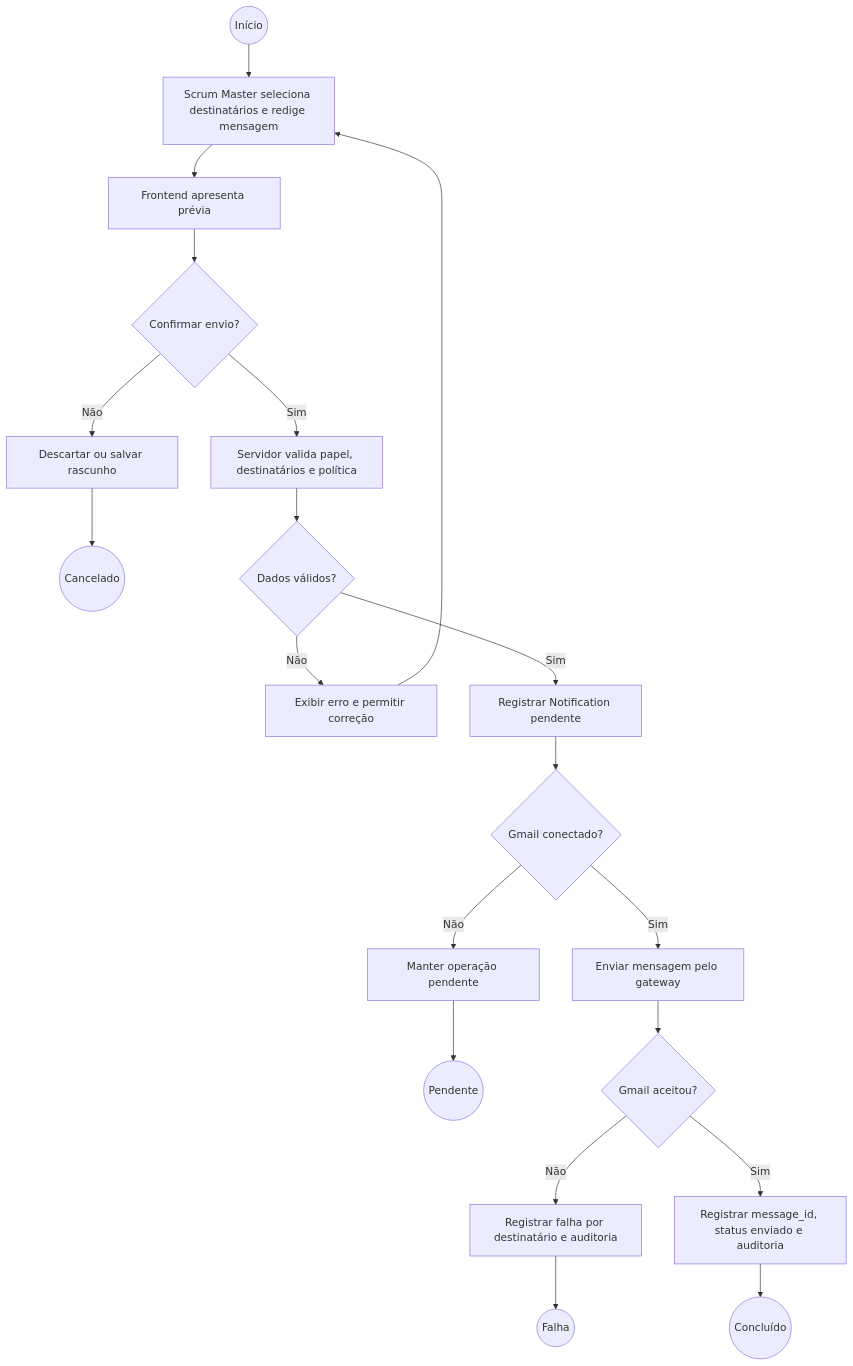
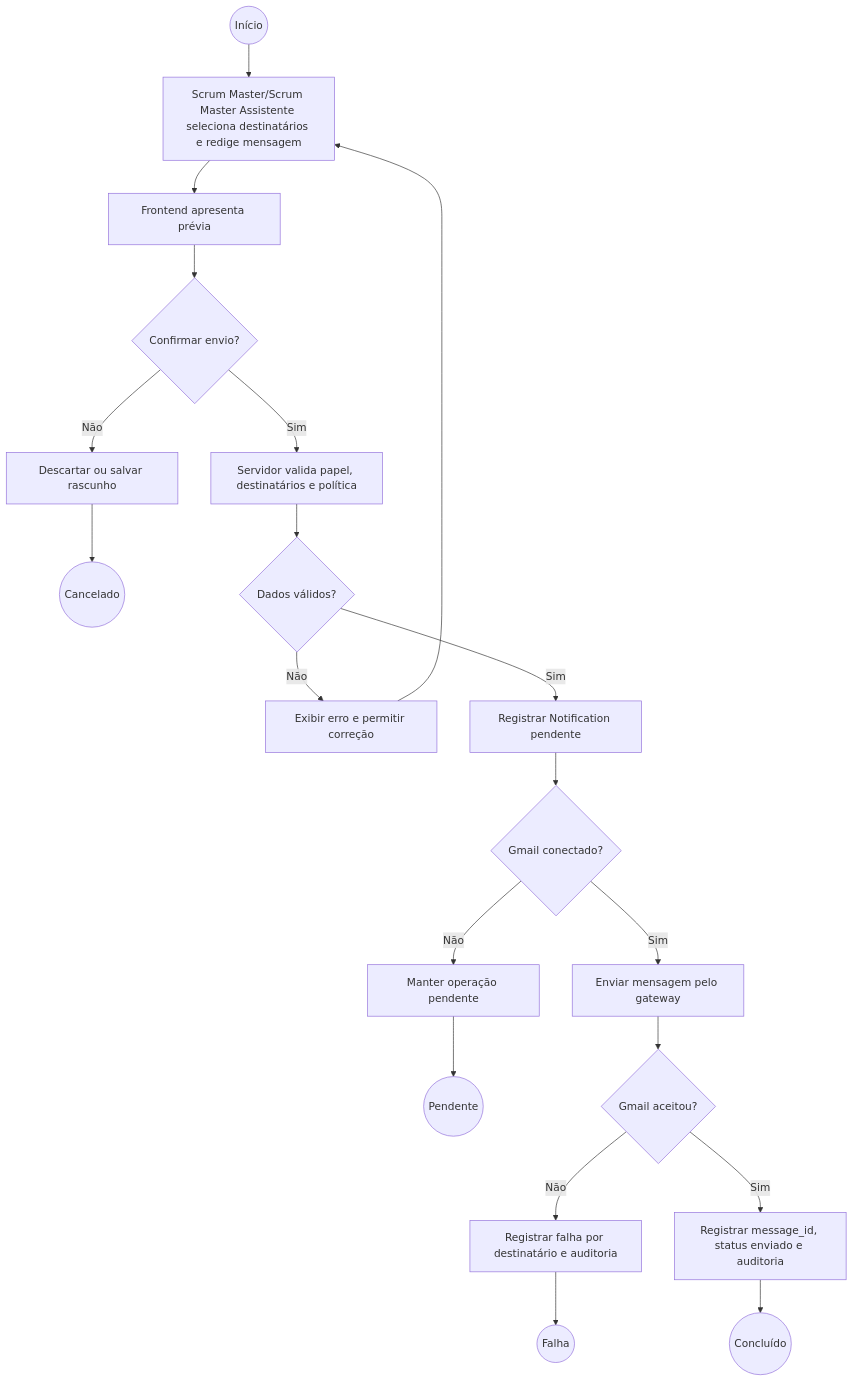
Before and after one commit to LuHenRe/PETBSI-SCRUM: the fourth of 6 diagrams in docs/especificao-de-software/09-diagramas-de-atividade.md, drawn with Mermaid. The commit also changed other lines of this file and 18 other files, not shown here.

````diff
--- a/docs/especificao-de-software/09-diagramas-de-atividade.md
+++ b/docs/especificao-de-software/09-diagramas-de-atividade.md
@@ -91,22 +91,22 @@
 ```mermaid
 flowchart TD
-    Start((Início)) --> Compose[Scrum Master seleciona destinatários e redige mensagem]
+    Start((Início)) --> Compose[Scrum Master/Scrum Master Assistente seleciona destinatários e redige mensagem]
     Compose --> Preview[Frontend apresenta prévia]
     Preview --> Decision1{Confirmar envio?}
     Decision1 -- Não --> Cancel[Descartar ou salvar rascunho]
     Cancel --> End1((Cancelado))
     Decision1 -- Sim --> Validate[Servidor valida papel, destinatários e política]
     Validate --> Decision2{Dados válidos?}
     Decision2 -- Não --> Error[Exibir erro e permitir correção]
     Error --> Compose
     Decision2 -- Sim --> Pending[Registrar Notification pendente]
     Pending --> Connection{Gmail conectado?}
     Connection -- Não --> Waiting[Manter operação pendente]
     Waiting --> End2((Pendente))
     Connection -- Sim --> Send[Enviar mensagem pelo gateway]
     Send --> Decision3{Gmail aceitou?}
     Decision3 -- Não --> Failed[Registrar falha por destinatário e auditoria]
     Failed --> End3((Falha))
     Decision3 -- Sim --> Sent[Registrar message_id, status enviado e auditoria]
     Sent --> End4((Concluído))
 ```
````
